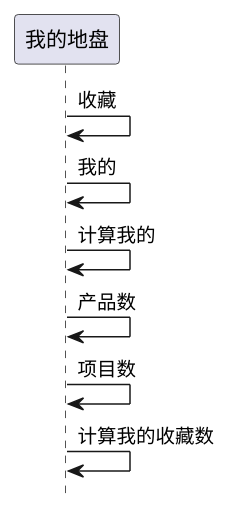
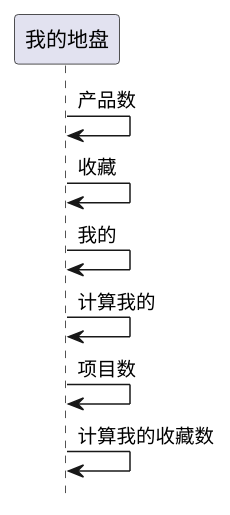
The first of 3 diagrams in ibizpms-docs/src/main/doc/v1/module/ibiz/IbzMyTerritory_old.md (goblinln/iBizPMS), drawn with PlantUML before and after one commit. The commit also changed other lines of this file and 230 other files, not shown here.

```diff
--- a/ibizpms-docs/src/main/doc/v1/module/ibiz/IbzMyTerritory_old.md
+++ b/ibizpms-docs/src/main/doc/v1/module/ibiz/IbzMyTerritory_old.md
@@ -147,10 +147,10 @@
 {% plantuml %}
 hide footbox
 
+我的地盘 -> 我的地盘: 产品数
 我的地盘 -> 我的地盘: 收藏
 我的地盘 -> 我的地盘: 我的
 我的地盘 -> 我的地盘: 计算我的
-我的地盘 -> 我的地盘: 产品数
 我的地盘 -> 我的地盘: 项目数
 我的地盘 -> 我的地盘: 计算我的收藏数
 {% endplantuml %}
```
